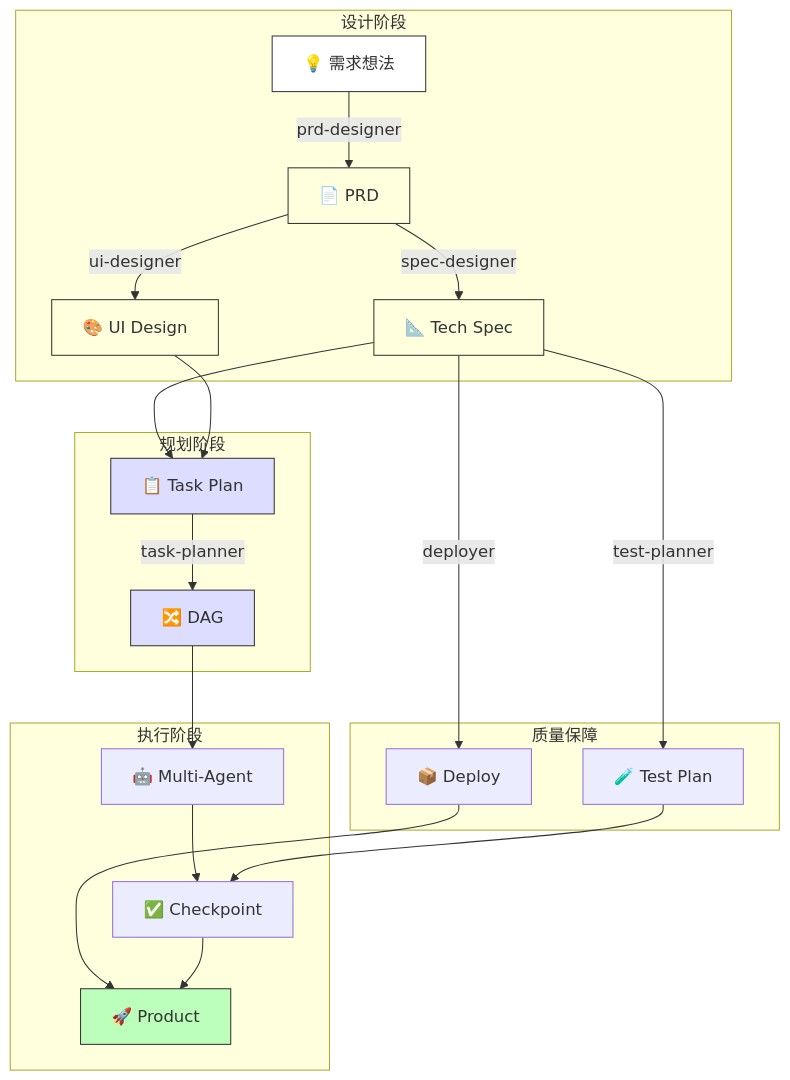
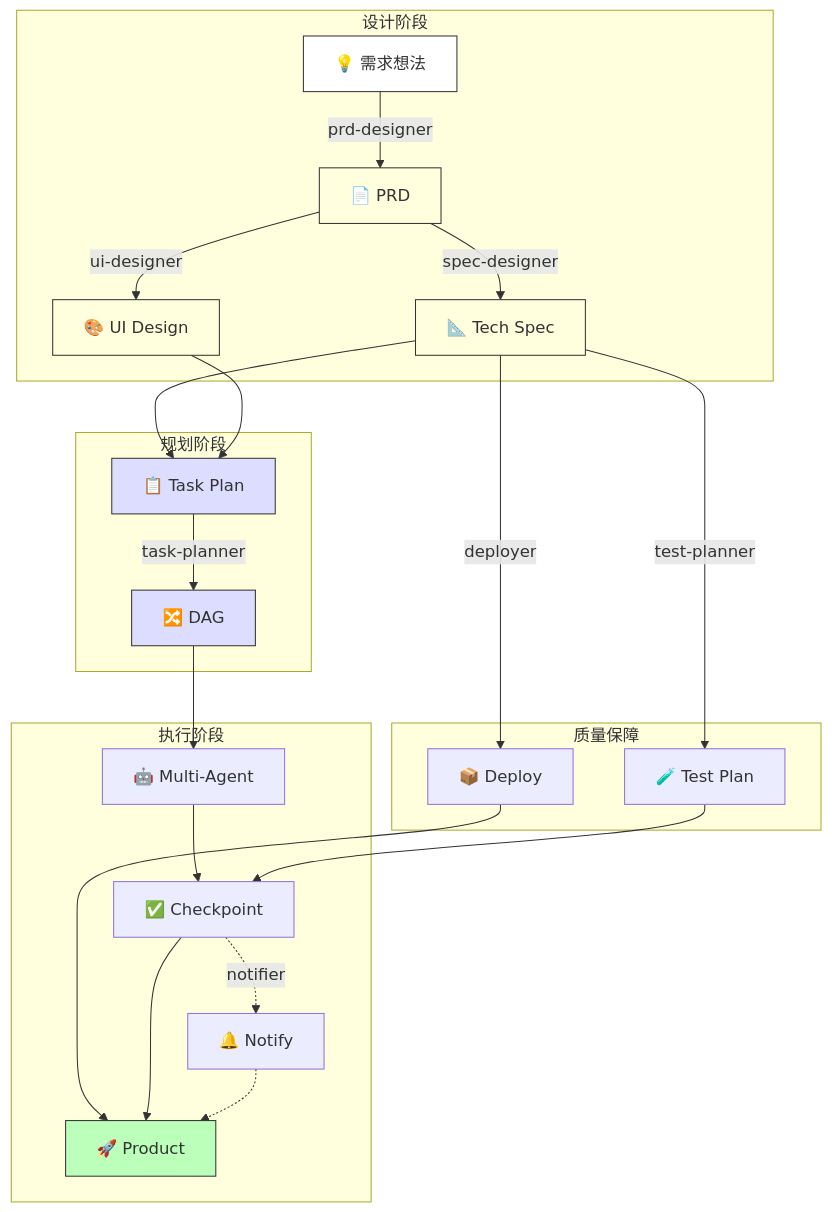
One commit to Coldplay-now/sddproskills changed the second of 7 diagrams in README.md. Above: the diagram before and after it, drawn with Mermaid. The commit also changed other lines of this file and 1 other file, not shown here.

Commit message:
docs: update README and page for notifier skill

````diff
--- a/README.md
+++ b/README.md
@@ -78,47 +79,50 @@
 ```mermaid
 flowchart TD
     subgraph 设计阶段
         A[💡 需求想法]
         B[📄 PRD]
         C[📐 Tech Spec]
         D[🎨 UI Design]
     end
     
     subgraph 规划阶段
         E[📋 Task Plan]
         F[🔀 DAG]
     end
     
     subgraph 质量保障
         T[🧪 Test Plan]
         DP[📦 Deploy]
     end
     
     subgraph 执行阶段
         G[🤖 Multi-Agent]
         H[✅ Checkpoint]
+        N[🔔 Notify]
         I[🚀 Product]
     end
     
     A -->|prd-designer| B
     B -->|spec-designer| C
     B -->|ui-designer| D
     C --> E
     D --> E
     E -->|task-planner| F
     F --> G
     G --> H
     C -->|test-planner| T
     C -->|deployer| DP
     T --> H
     DP --> I
     H --> I
+    H -.->|notifier| N
+    N -.-> I
     
     style A fill:#fff,stroke:#333
     style B fill:#ffd,stroke:#333
     style C fill:#ffd,stroke:#333
     style D fill:#ffd,stroke:#333
     style E fill:#ddf,stroke:#333
     style F fill:#ddf,stroke:#333
     style I fill:#bfb,stroke:#333
 ```
````
